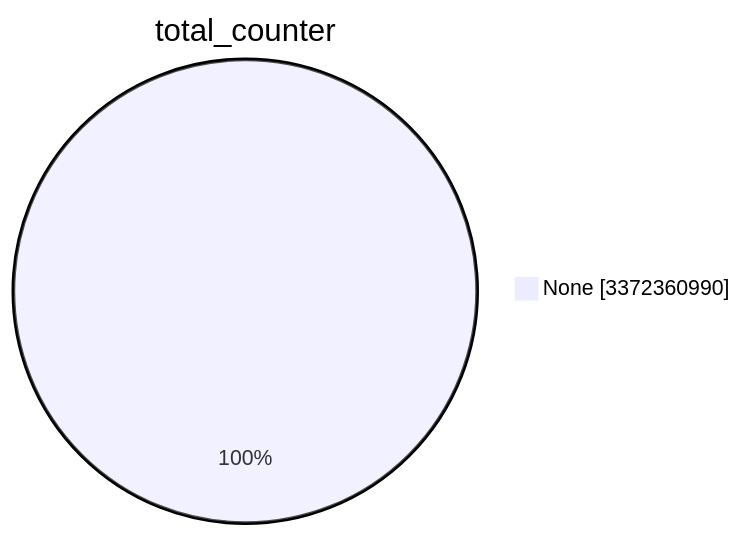
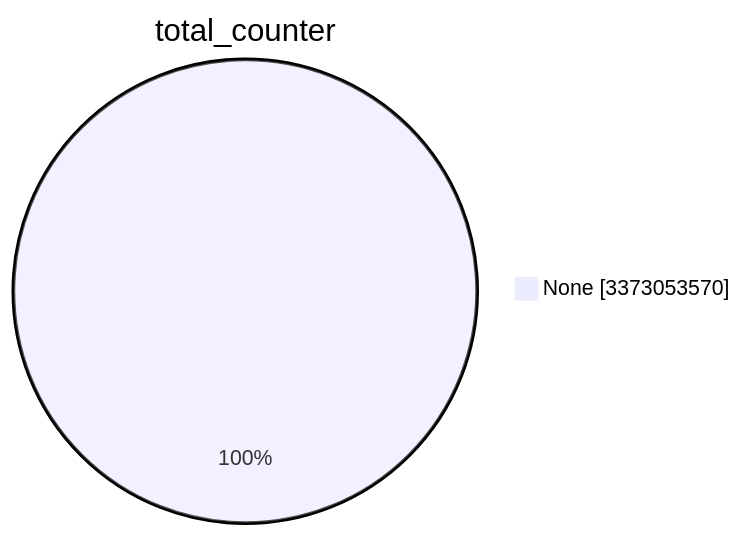
The first of 15 diagrams in TOTAL/README.md (christiankrug/ctmonitor_visualization), drawn with Mermaid before and after one commit. The commit also changed other lines of this file, not shown here.

````diff
--- a/TOTAL/README.md
+++ b/TOTAL/README.md
@@ -1,5 +1,5 @@
 ```mermaid
 pie showData
 title total_counter
-"None" :3372360990
+"None" :3373053570
 ```
````
